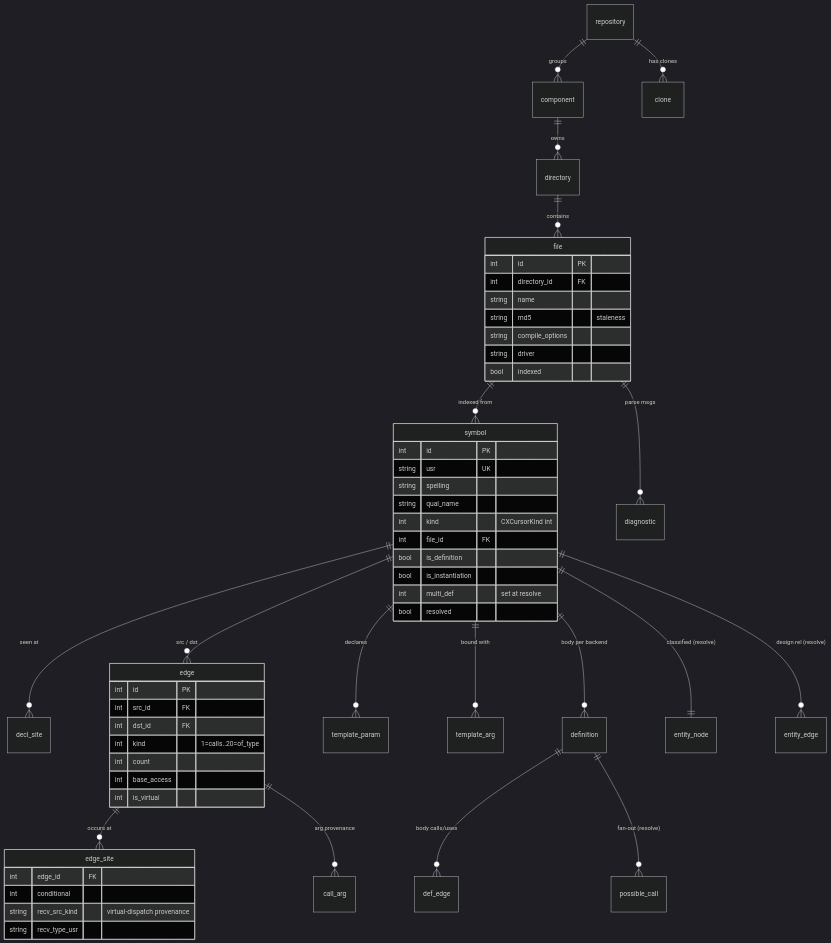
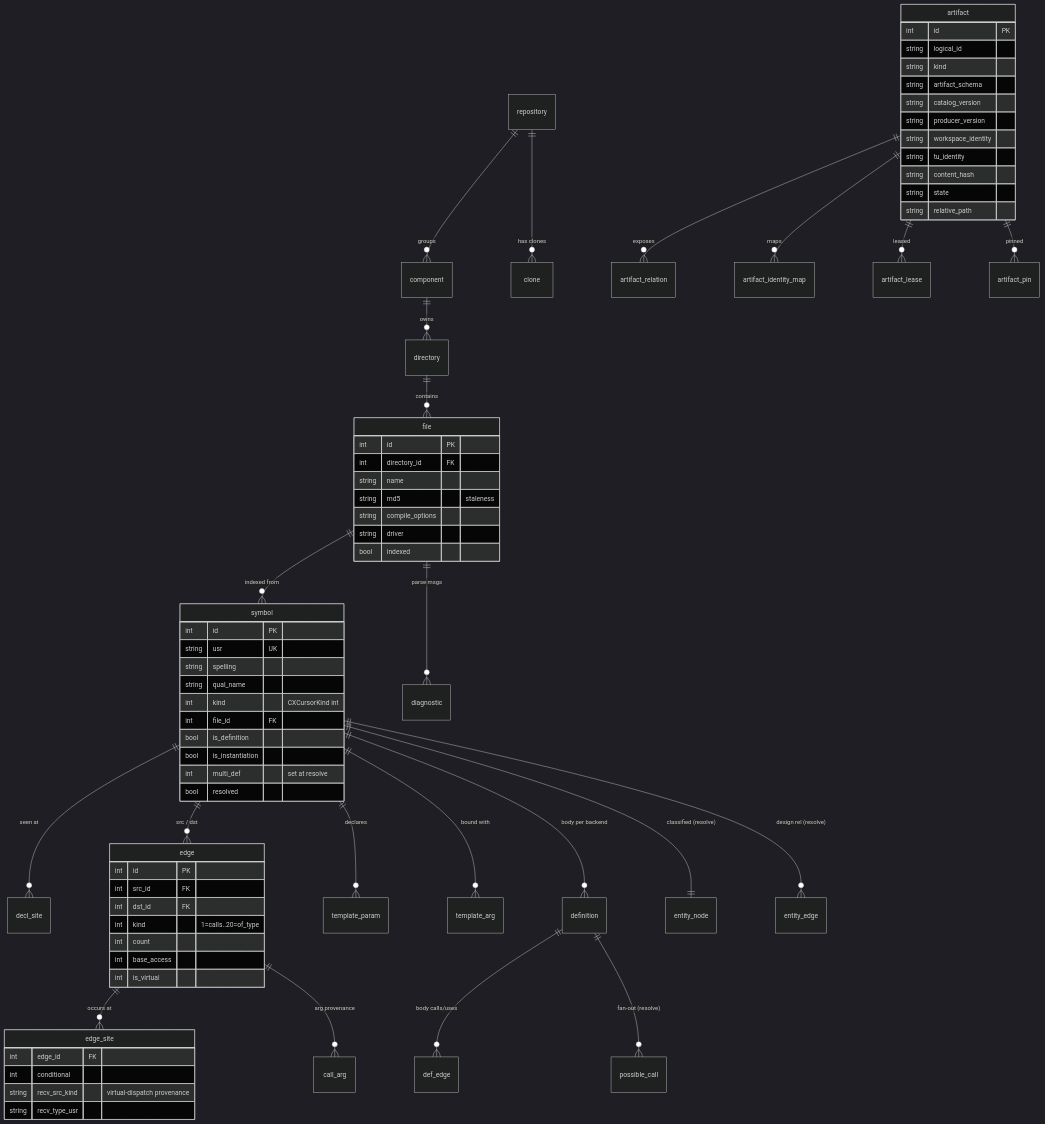
The diagram in docs/data-model.md (husams/cpp-indexer), drawn with Mermaid (dark theme) before and after one commit. The commit also changed other lines of this file and 13 other files, not shown here.

````diff
--- a/docs/data-model.md
+++ b/docs/data-model.md
@@ -14,60 +16,77 @@
 ```mermaid
 erDiagram
     repository  ||--o{ component   : groups
     repository  ||--o{ clone       : "has clones"
     component   ||--o{ directory   : owns
     directory   ||--o{ file        : contains
     file        ||--o{ symbol      : "indexed from"
     file        ||--o{ diagnostic  : "parse msgs"
+    artifact    ||--o{ artifact_relation : exposes
+    artifact    ||--o{ artifact_identity_map : maps
+    artifact    ||--o{ artifact_lease : leased
+    artifact    ||--o{ artifact_pin : pinned
 
     symbol      ||--o{ decl_site   : "seen at"
     symbol      ||--o{ edge        : "src / dst"
     edge        ||--o{ edge_site   : "occurs at"
     edge        ||--o{ call_arg    : "arg provenance"
     symbol      ||--o{ template_param : declares
     symbol      ||--o{ template_arg  : "bound with"
 
     symbol      ||--o{ definition  : "body per backend"
     definition  ||--o{ def_edge    : "body calls/uses"
     definition  ||--o{ possible_call: "fan-out (resolve)"
 
     symbol      ||--|| entity_node : "classified (resolve)"
     symbol      ||--o{ entity_edge : "design rel (resolve)"
 
     symbol {
         int id PK
         string usr UK
         string spelling
         string qual_name
         int kind "CXCursorKind int"
         int file_id FK
         bool is_definition
         bool is_instantiation
         int multi_def "set at resolve"
         bool resolved
     }
     edge {
         int id PK
         int src_id FK
         int dst_id FK
         int kind "1=calls..20=of_type"
         int count
         int base_access
         int is_virtual
     }
     edge_site {
         int edge_id FK
         int conditional
         string recv_src_kind "virtual-dispatch provenance"
         string recv_type_usr
     }
     file {
         int id PK
         int directory_id FK
         string name
         string md5 "staleness"
         string compile_options
         string driver
         bool indexed
     }
+    artifact {
+        int id PK
+        string logical_id
+        string kind
+        string artifact_schema
+        string catalog_version
+        string producer_version
+        string workspace_identity
+        string tu_identity
+        string content_hash
+        string state
+        string relative_path
+    }
 ```
````
